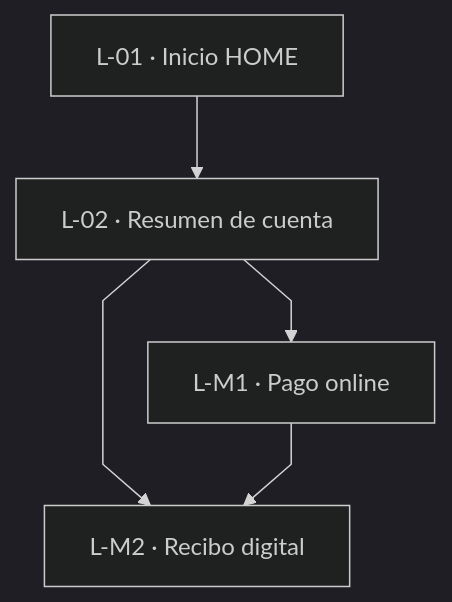
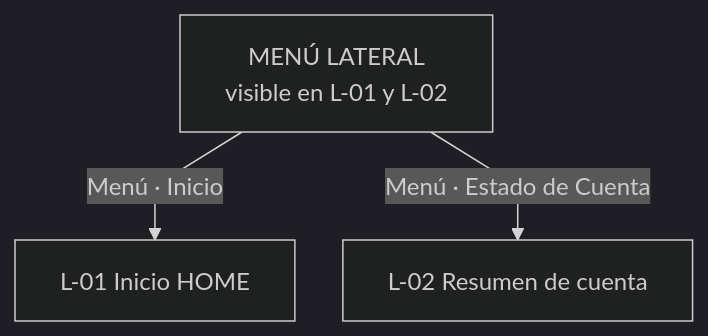
One commit to julioacostapallud/tss changed the fourth of 5 diagrams in docs/diagrama-navegacion.md. Above: the diagram before and after it, drawn with Mermaid (dark theme). The commit also changed other lines of this file, not shown here.

First line of the commit message:
docs: rehacer mapa de navegación con menú como eje principal

````diff
--- a/docs/diagrama-navegacion.md
+++ b/docs/diagrama-navegacion.md
@@ -183,11 +263,8 @@
 ```mermaid
-%%{init: {'flowchart': {'curve': 'linear', 'nodeSpacing': 40, 'rankSpacing': 55}}}%%
+%%{init: {'flowchart': {'curve': 'linear', 'nodeSpacing': 32, 'rankSpacing': 48}}}%%
 flowchart TD
-  L01["L-01 · Inicio HOME"]
-  L02["L-02 · Resumen de cuenta"]
+  MENU["MENÚ LATERAL<br/>visible en L-01 y L-02"]
 
-  L01 --> L02
-  L02 --> LM1["L-M1 · Pago online"]
-  L02 --> LM2["L-M2 · Recibo digital"]
-  LM1 --> LM2
+  MENU -->|Menú · Inicio| L01["L-01 Inicio HOME"]
+  MENU -->|Menú · Estado de Cuenta| L02["L-02 Resumen de cuenta"]
 ```
````
